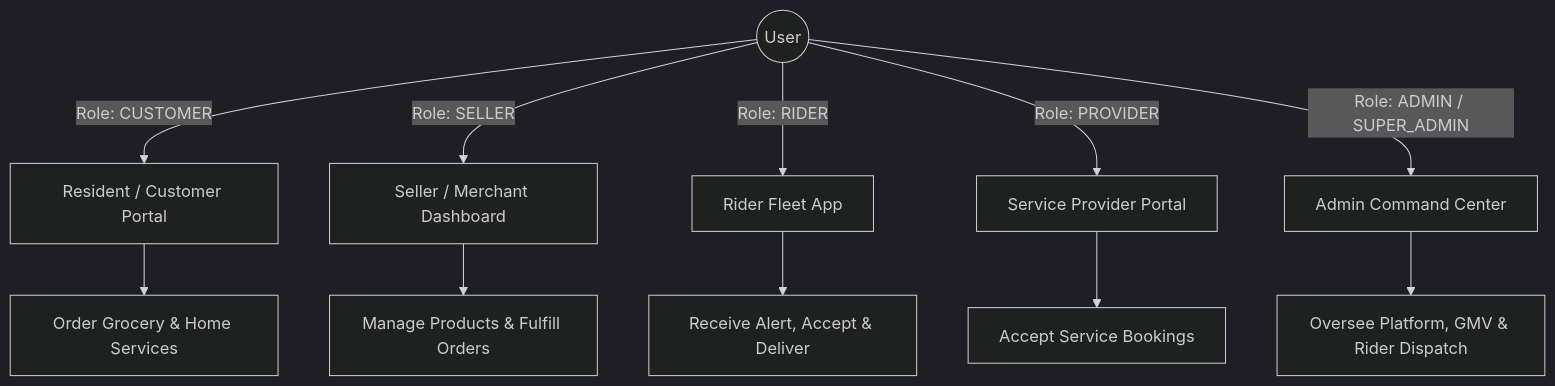
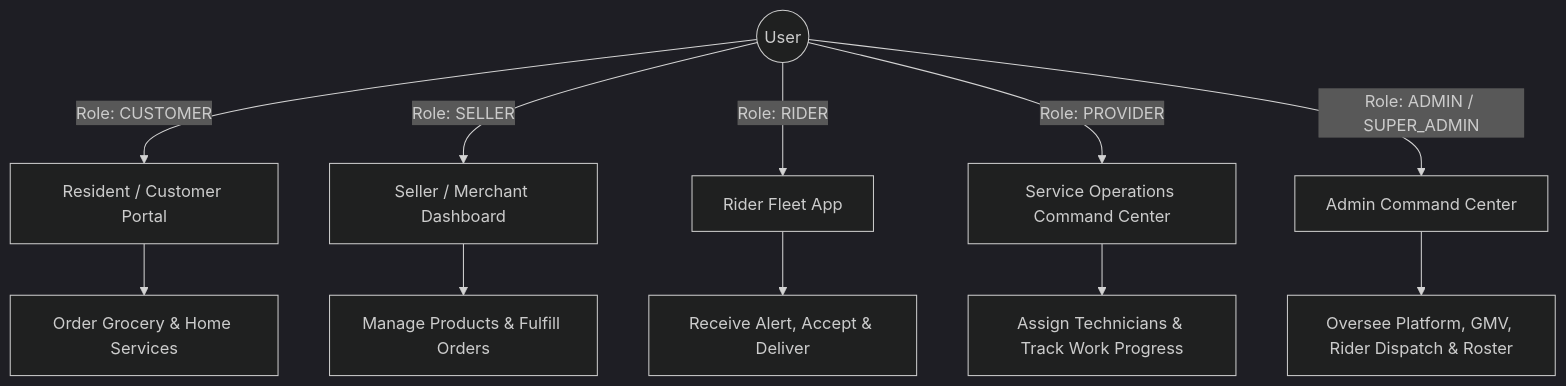
The diagram in overview.md (brainforge26-tech/dohsSheba), drawn with Mermaid (dark theme) before and after one commit. The commit also changed other lines of this file and 22 other files, not shown here.

````diff
--- a/overview.md
+++ b/overview.md
@@ -43,14 +43,14 @@
 ```mermaid
 graph TD
     User((User)) -->|Role: CUSTOMER| Resident[Resident / Customer Portal]
     User -->|Role: SELLER| Seller[Seller / Merchant Dashboard]
     User -->|Role: RIDER| Rider[Rider Fleet App]
-    User -->|Role: PROVIDER| Provider[Service Provider Portal]
+    User -->|Role: PROVIDER| Provider[Service Operations Command Center]
     User -->|Role: ADMIN / SUPER_ADMIN| Admin[Admin Command Center]
 
     Resident --> Orders[Order Grocery & Home Services]
     Seller --> Inventory[Manage Products & Fulfill Orders]
     Rider --> Delivery[Receive Alert, Accept & Deliver]
-    Provider --> Jobs[Accept Service Bookings]
-    Admin --> Dispatch[Oversee Platform, GMV & Rider Dispatch]
+    Provider --> Jobs[Assign Technicians & Track Work Progress]
+    Admin --> Dispatch[Oversee Platform, GMV, Rider Dispatch & Roster]
 ```
````
